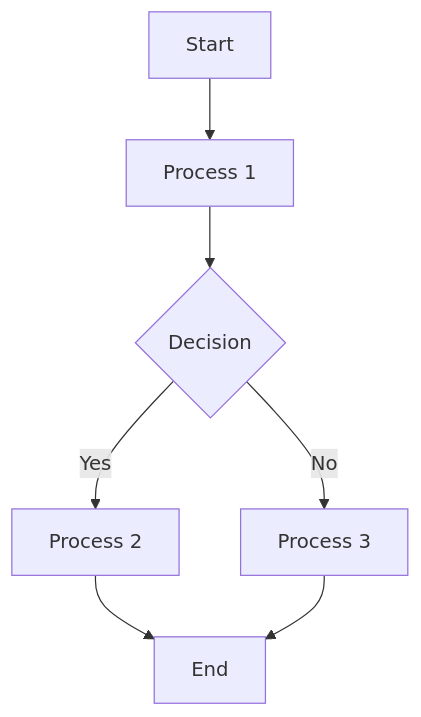
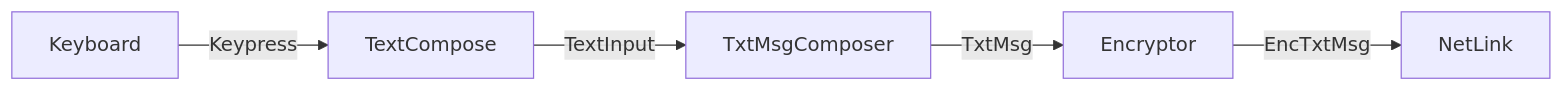
Before and after one commit to fluffy/bare-rust: the second of 2 diagrams in doc/arch.md, drawn with Mermaid. The commit also changed other lines of this file, not shown here.

````diff
--- a/doc/arch.md
+++ b/doc/arch.md
@@ -18,9 +41,7 @@
 ```mermaid
-graph TD
-    A[Start] --> B[Process 1]
-    B --> C{Decision}
-    C -->|Yes| D[Process 2]
-    C -->|No| E[Process 3]
-    D --> F[End]
-    E --> F[End]
+flowchart LR
+    A[Keyboard] --> |Keypress| B[TextCompose]
+    B --> |TextInput| C[TxtMsgComposer]
+    C --> |TxtMsg| D[Encryptor]
+    D --> |EncTxtMsg| F[NetLink]
 ```
````
